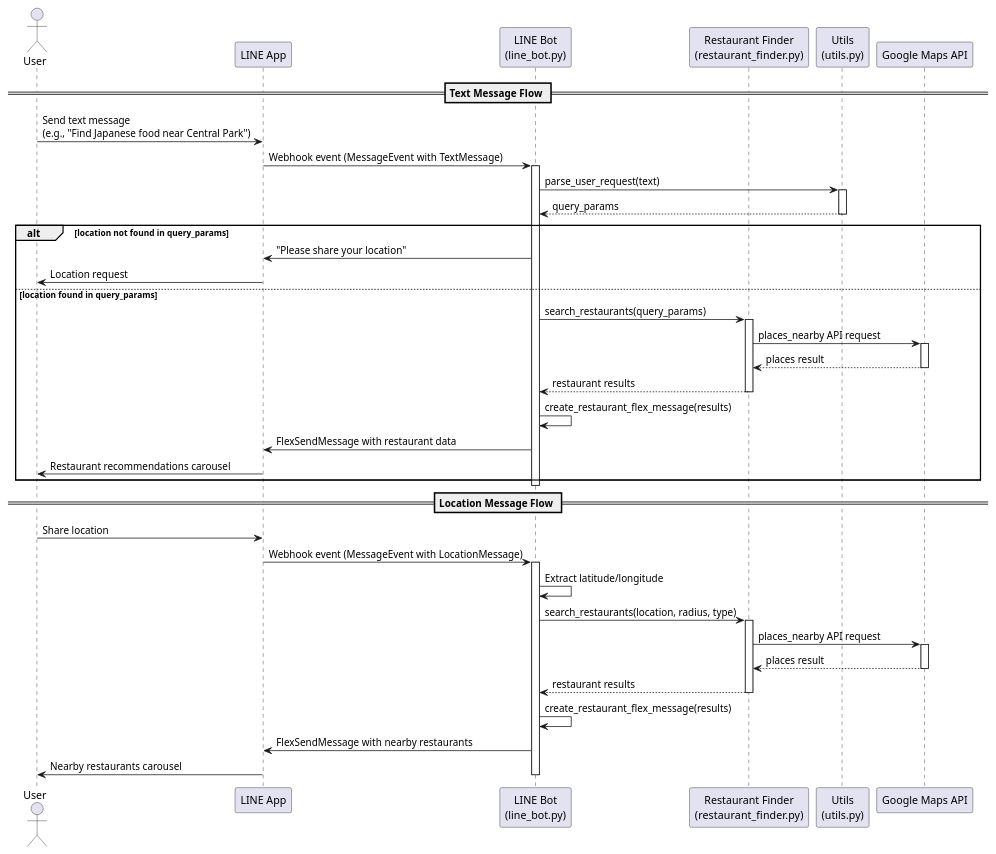
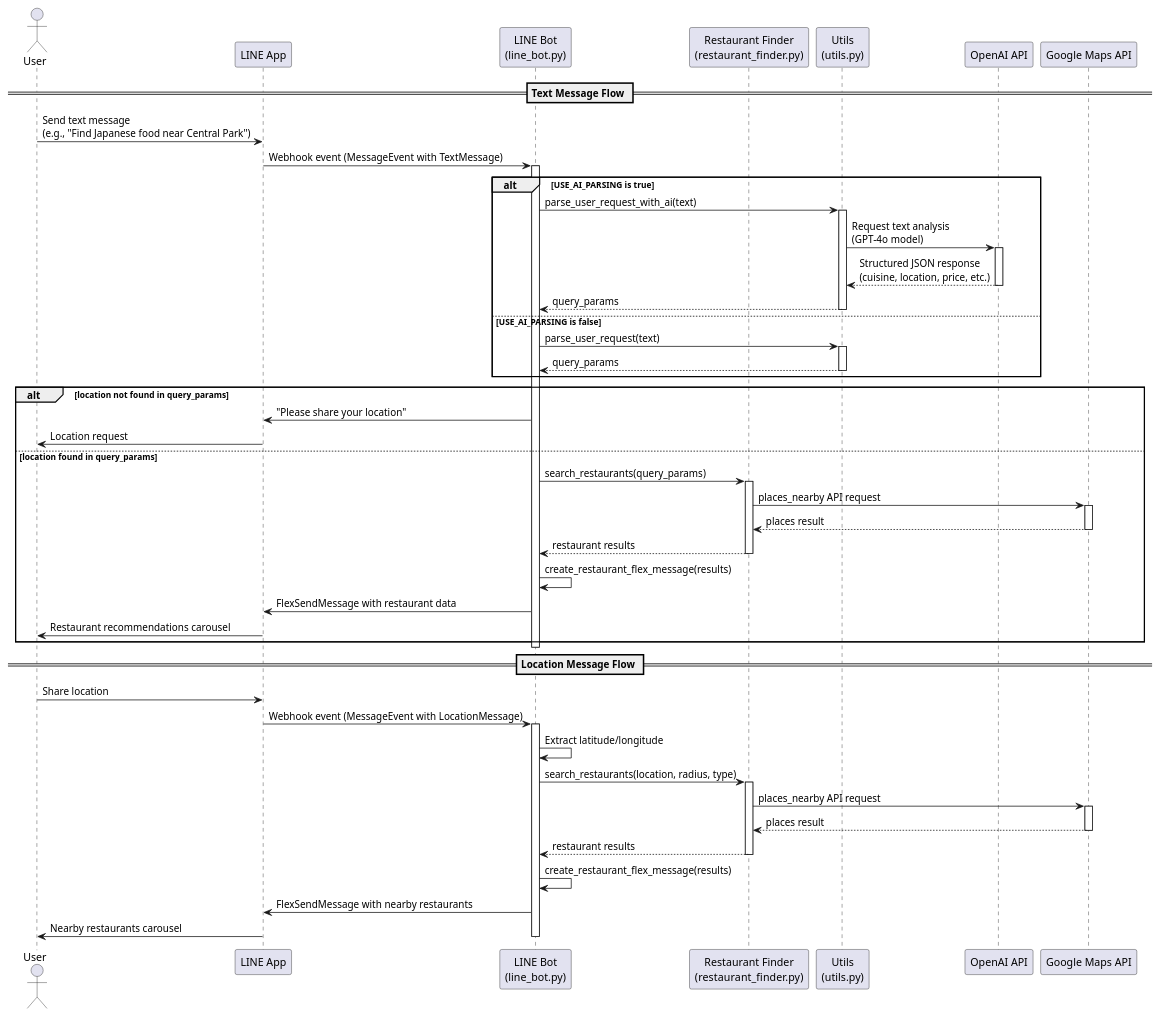
The diagram in sequence_diagram.puml (wisehuang/geodine-ai), drawn with PlantUML before and after one commit.

Commit message:
Update sequence diagram

```diff
--- a/sequence_diagram.puml
+++ b/sequence_diagram.puml
@@ -1,63 +1,77 @@
 @startuml GeoDine-AI Sequence Diagram
 
 actor User
 participant "LINE App" as LINE
 participant "LINE Bot\n(line_bot.py)" as Bot
 participant "Restaurant Finder\n(restaurant_finder.py)" as Finder
 participant "Utils\n(utils.py)" as Utils
+participant "OpenAI API" as OpenAI
 participant "Google Maps API" as Google
 
 == Text Message Flow ==
 User -> LINE: Send text message\n(e.g., "Find Japanese food near Central Park")
 LINE -> Bot: Webhook event (MessageEvent with TextMessage)
 activate Bot
 
-Bot -> Utils: parse_user_request(text)
-activate Utils
-Utils --> Bot: query_params
-deactivate Utils
+alt USE_AI_PARSING is true
+    Bot -> Utils: parse_user_request_with_ai(text)
+    activate Utils
+    
+    Utils -> OpenAI: Request text analysis\n(GPT-4o model)
+    activate OpenAI
+    OpenAI --> Utils: Structured JSON response\n(cuisine, location, price, etc.)
+    deactivate OpenAI
+    
+    Utils --> Bot: query_params
+    deactivate Utils
+else USE_AI_PARSING is false
+    Bot -> Utils: parse_user_request(text)
+    activate Utils
+    Utils --> Bot: query_params
+    deactivate Utils
+end
 
 alt location not found in query_params
     Bot -> LINE: "Please share your location"
     LINE -> User: Location request
 else location found in query_params
     Bot -> Finder: search_restaurants(query_params)
     activate Finder
     
     Finder -> Google: places_nearby API request
     activate Google
     Google --> Finder: places result
     deactivate Google
     
     Finder --> Bot: restaurant results
     deactivate Finder
     
     Bot -> Bot: create_restaurant_flex_message(results)
     Bot -> LINE: FlexSendMessage with restaurant data
     LINE -> User: Restaurant recommendations carousel
 end
 deactivate Bot
 
 == Location Message Flow ==
 User -> LINE: Share location
 LINE -> Bot: Webhook event (MessageEvent with LocationMessage)
 activate Bot
 
 Bot -> Bot: Extract latitude/longitude
 Bot -> Finder: search_restaurants(location, radius, type)
 activate Finder
 
 Finder -> Google: places_nearby API request
 activate Google
 Google --> Finder: places result
 deactivate Google
 
 Finder --> Bot: restaurant results
 deactivate Finder
 
 Bot -> Bot: create_restaurant_flex_message(results)
 Bot -> LINE: FlexSendMessage with nearby restaurants
 LINE -> User: Nearby restaurants carousel
 deactivate Bot
 
 @enduml
```
